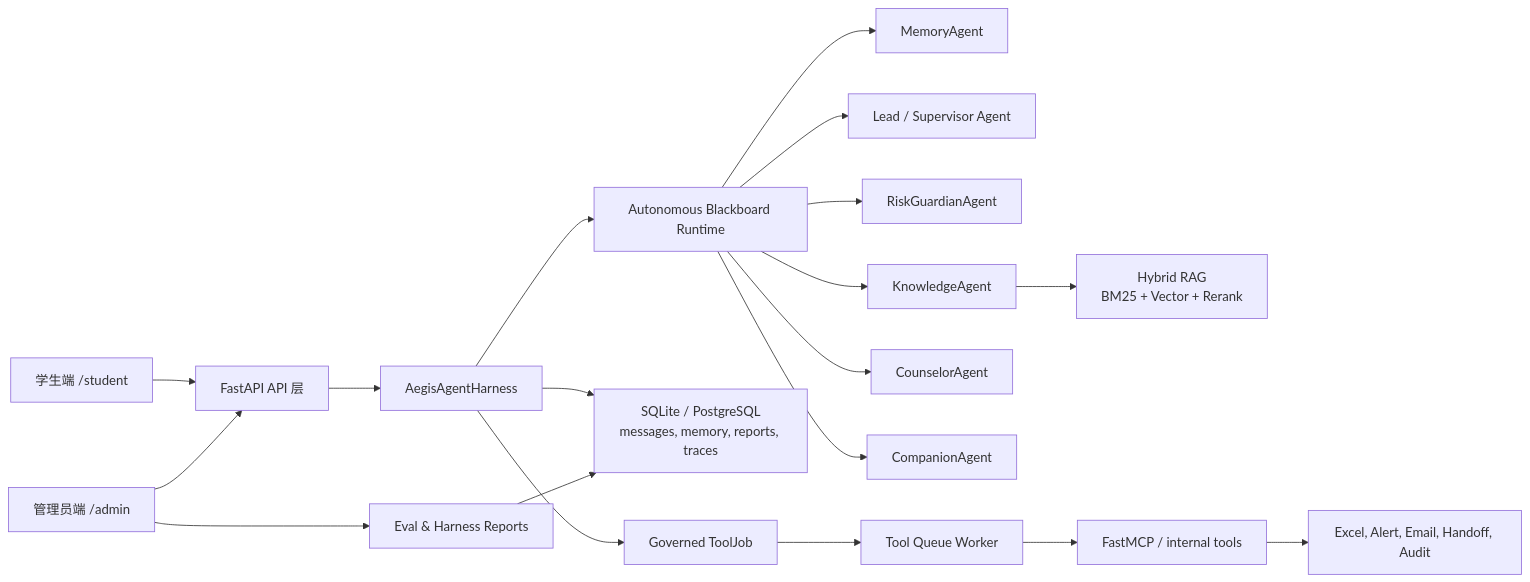
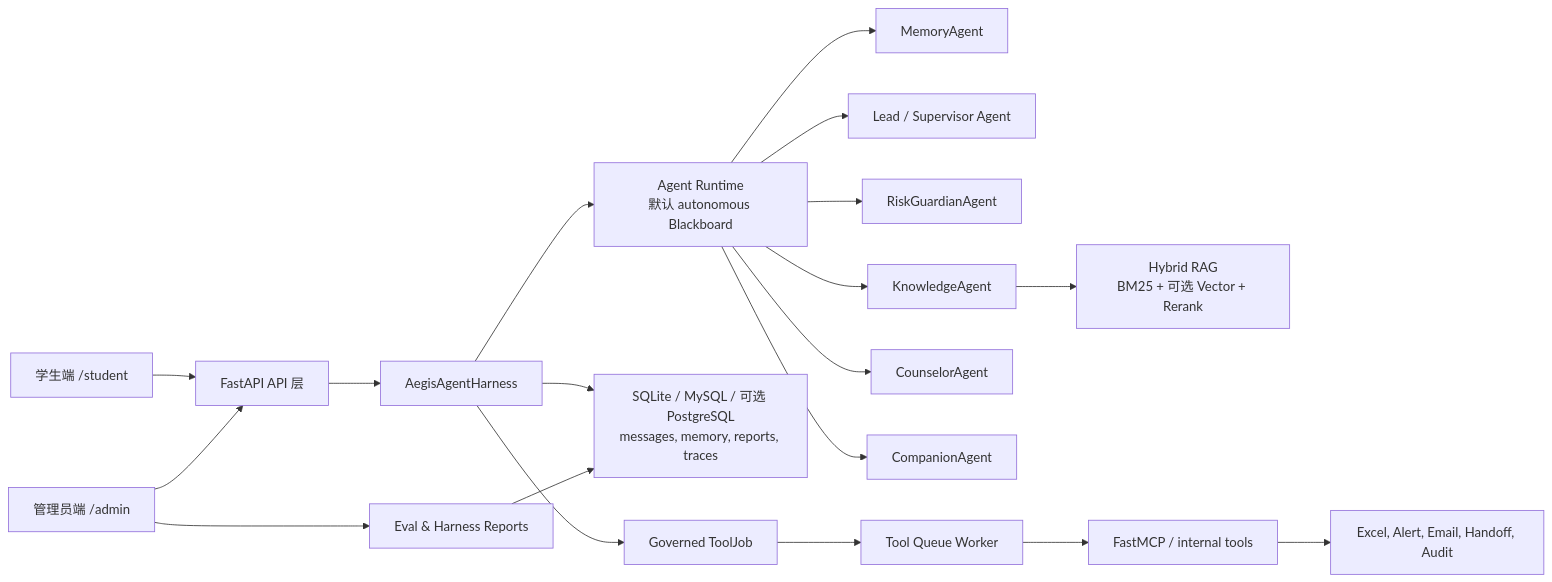
One commit to shangguanyunji663/Aegis-agent changed the diagram in README.md. Above: the diagram before and after it, drawn with Mermaid. The commit also changed other lines of this file and 1 other file, not shown here.

````diff
--- a/README.md
+++ b/README.md
@@ -29,25 +29,25 @@
 ```mermaid
 flowchart LR
     Student["学生端 /student"] --> API["FastAPI API 层"]
     Admin["管理员端 /admin"] --> API
 
     API --> Harness["AegisAgentHarness"]
-    Harness --> Runtime["Autonomous Blackboard Runtime"]
+    Harness --> Runtime["Agent Runtime<br/>默认 autonomous Blackboard"]
 
     Runtime --> Memory["MemoryAgent"]
     Runtime --> Lead["Lead / Supervisor Agent"]
     Runtime --> Risk["RiskGuardianAgent"]
     Runtime --> Knowledge["KnowledgeAgent"]
     Runtime --> Counselor["CounselorAgent"]
     Runtime --> Companion["CompanionAgent"]
 
-    Knowledge --> RAG["Hybrid RAG<br/>BM25 + Vector + Rerank"]
-    Harness --> Store["SQLite / PostgreSQL<br/>messages, memory, reports, traces"]
+    Knowledge --> RAG["Hybrid RAG<br/>BM25 + 可选 Vector + Rerank"]
+    Harness --> Store["SQLite / MySQL / 可选 PostgreSQL<br/>messages, memory, reports, traces"]
     Harness --> ToolPlan["Governed ToolJob"]
     ToolPlan --> Queue["Tool Queue Worker"]
     Queue --> MCP["FastMCP / internal tools"]
     MCP --> Outputs["Excel, Alert, Email, Handoff, Audit"]
 
     Admin --> Eval["Eval & Harness Reports"]
     Eval --> Store
 ```
````
